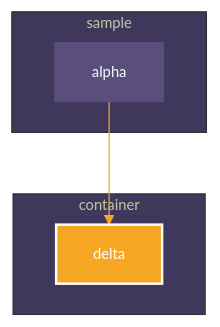
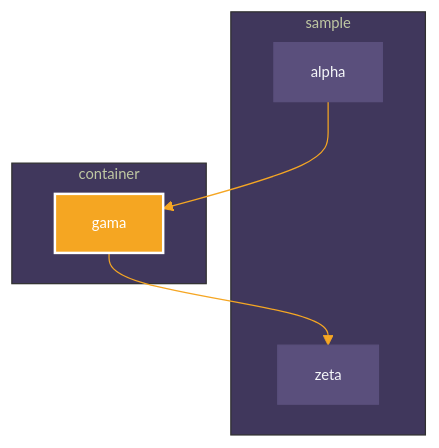
Before and after one commit to iurysza/module-graph: the diagram in sample/README.md, drawn with Mermaid. The commit also changed 3 other files, not shown here.

````diff
--- a/sample/README.md
+++ b/sample/README.md
@@ -3,20 +3,22 @@
 ```mermaid
 %%{
   init: {
     'theme': 'base',
-	'themeVariables': {"primaryTextColor":"#F6F8FAff","primaryColor":"#5a4f7c","primaryBorderColor":"#5a4f7c","tertiaryColor":"#40375c","lineColor":"#f5a623","fontSize":"12px"}
+    'themeVariables': {"primaryTextColor":"#F6F8FAff","primaryColor":"#5a4f7c","primaryBorderColor":"#5a4f7c","tertiaryColor":"#40375c","lineColor":"#f5a623","fontSize":"12px"}
   }
 }%%
 
 graph TB
   subgraph sample
     alpha
+    zeta
   end
   subgraph container
-    delta
+    gama
   end
-  alpha --> delta
+  alpha --> gama
+  gama --> zeta
 
 classDef focus fill:#F5A622,stroke:#fff,stroke-width:2px,color:#fff;
-class delta focus
+class gama focus
 ```
````
